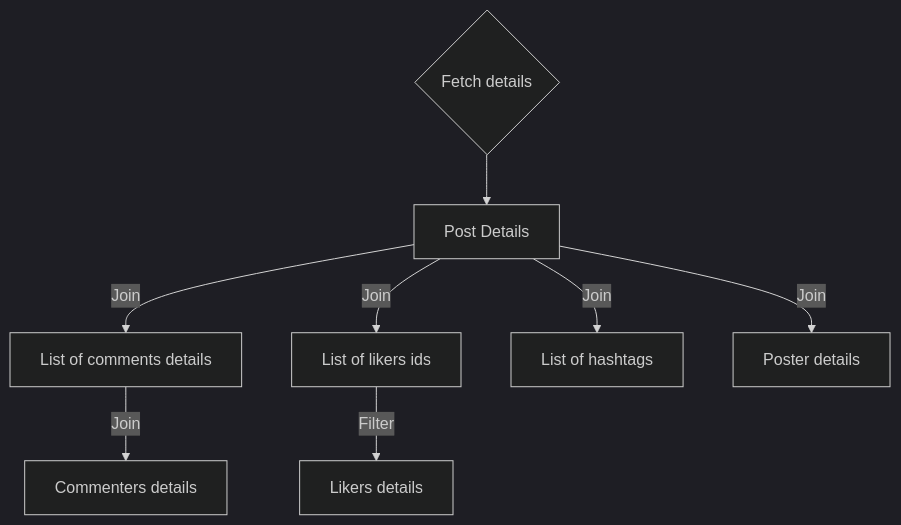
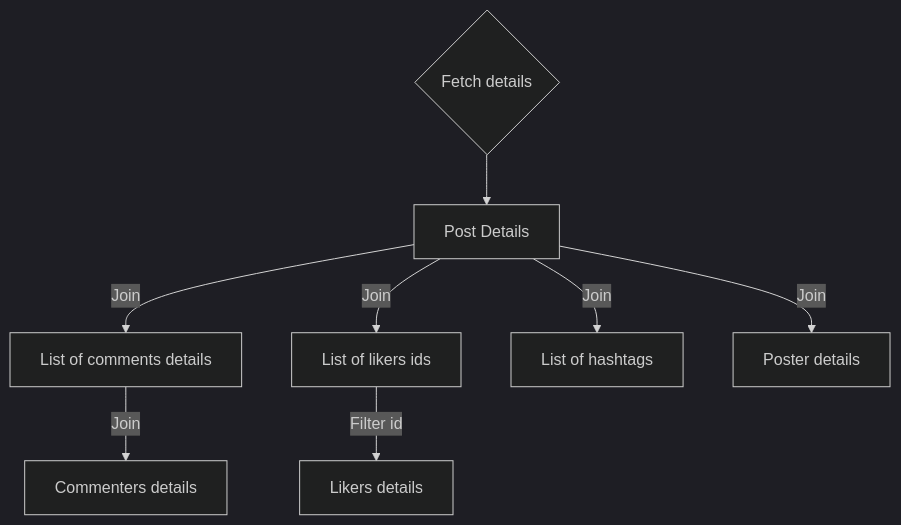
One commit to rossman-x/kuroco-social-network changed the first of 2 diagrams in README.md. Above: the diagram before and after it, drawn with Mermaid (dark theme). The commit also changed other lines of this file, not shown here.

````diff
--- a/README.md
+++ b/README.md
@@ -100,10 +118,10 @@
 ```mermaid
 graph TD;
     X{Fetch details} --> A[Post Details];
     A-->|Join|B[List of comments details];
     A-->|Join|C[List of likers ids];
     B-->|Join|D[Commenters details];
     A-->|Join|E[List of hashtags];
     A-->|Join|F[Poster details];
-    C-->|Filter|G[Likers details];
+    C-->|Filter id|G[Likers details];
 ```
````
